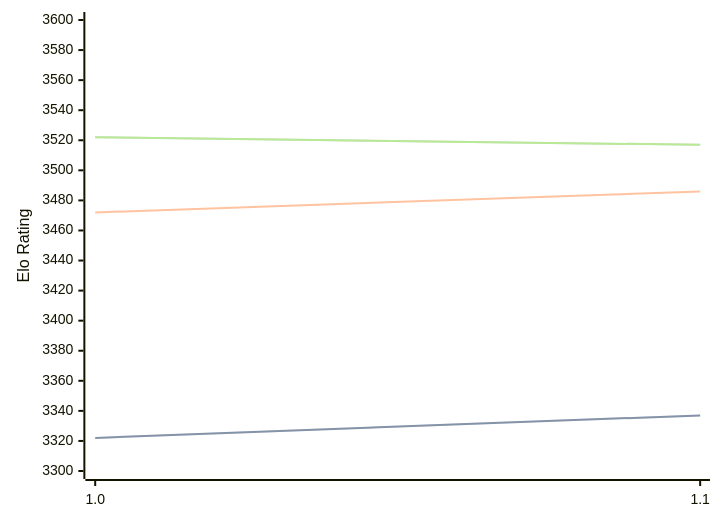
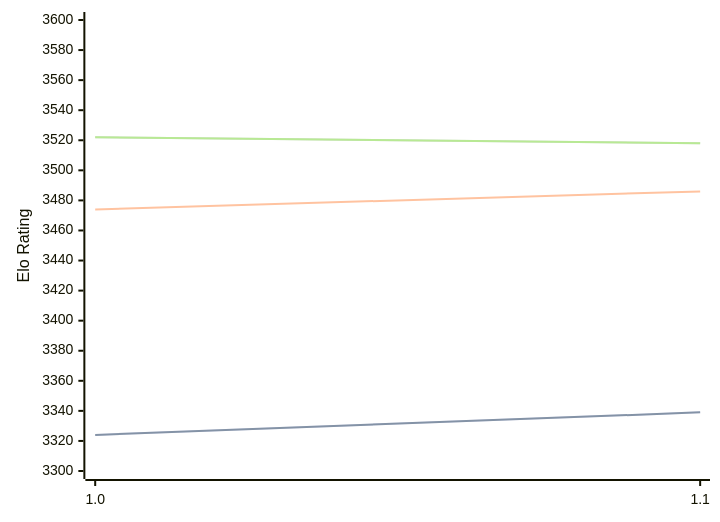
The diagram in engines/Horsie.md (computer-chess-index/cci), drawn with Mermaid before and after one commit. The commit also changed other lines of this file, not shown here.

Commit message:
Update CCI Ratings (ELO VLTC) - 2026-07-23

````diff
--- a/engines/Horsie.md
+++ b/engines/Horsie.md
@@ -32,11 +32,11 @@
 ```mermaid
 %%{init: {"theme":"base","themeVariables":{"seriesColors:['#a3a3a3','#222221','#faa371']}}}%%
 xychart-beta
   x-axis ["1.0", "1.1"]
   y-axis "Elo Rating" 3300 --> 3600
-  line "STC (8.0+0.08s)" [3322, 3337]
-  line "STC (8.0+0.08s)" [3322, 3337]
-  line "LTC (60.0+0.60s)" [3472, 3486]
-  line "VLTC (2m24s+1.12s)" [3522, 3517]
-  line "VLTC (2m24s+1.12s)" [3522, 3517]
+  line "STC (8.0+0.08s)" [3324, 3339]
+  line "STC (8.0+0.08s)" [3324, 3339]
+  line "LTC (60.0+0.60s)" [3474, 3486]
+  line "VLTC (2m24s+1.12s)" [3522, 3518]
+  line "VLTC (2m24s+1.12s)" [3522, 3518]
 ```
````
